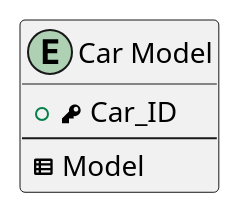
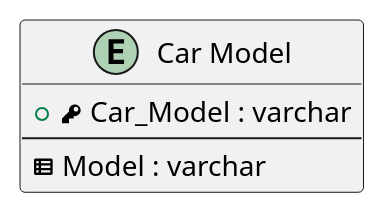
Before and after one commit to DmitryVasilkovW/ITMO-Database-design-labs-4-sem: the diagram in Labs/Lab1/Tables/Entities/CarModels.puml, drawn with PlantUML. The commit also changed 7 other files, not shown here.

```diff
--- a/Labs/Lab1/Tables/Entities/CarModels.puml
+++ b/Labs/Lab1/Tables/Entities/CarModels.puml
@@ -1,8 +1,8 @@
 @startuml
 entity "Car Model" as carModel
 {
-  +<&key> Car_ID
+  +<&key> Car_Model : varchar
   --
-  <&spreadsheet> Model
+  <&spreadsheet> Model : varchar
 }
 @enduml
```
